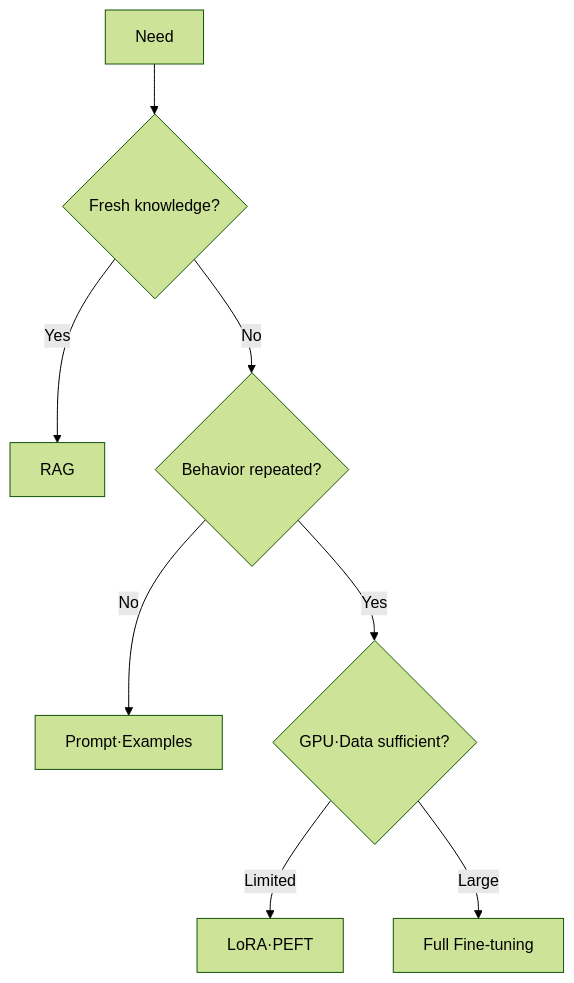
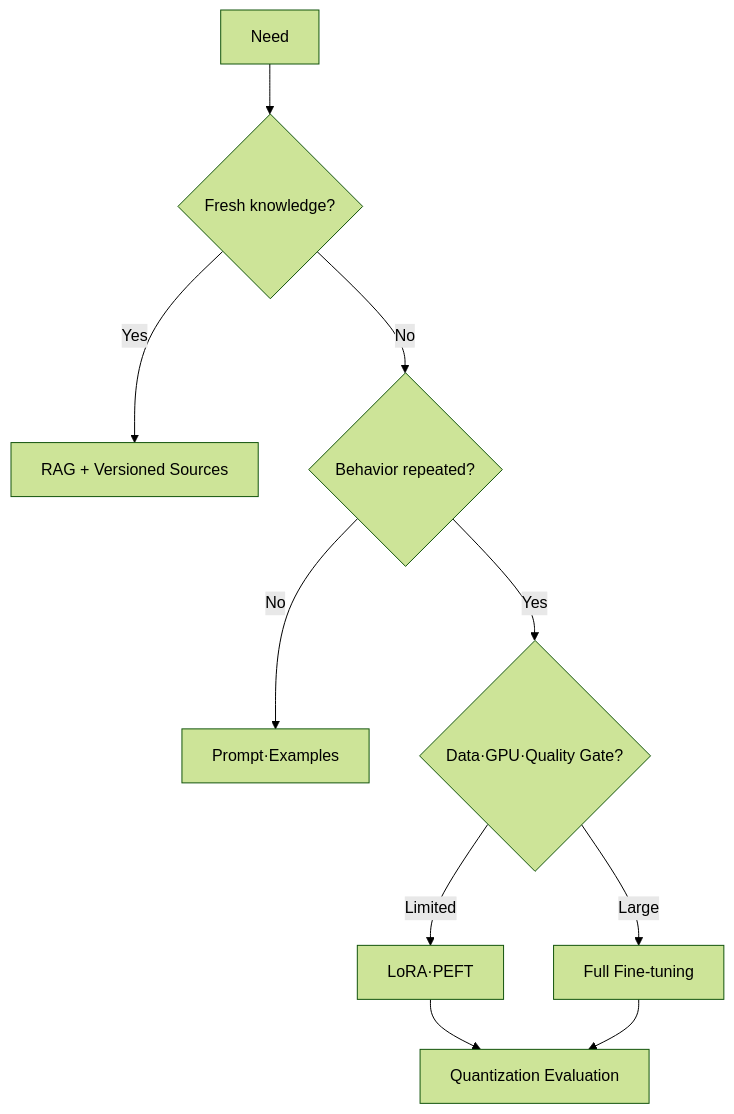
Before and after one commit to hyeongseoblim/systemdesign: the diagram in apps/api/src/main/resources/content/ai-12-finetuning-lora-quantization.md, drawn with Mermaid (forest theme). The commit also changed other lines of this file and 96 other files, not shown here.

````diff
--- a/apps/api/src/main/resources/content/ai-12-finetuning-lora-quantization.md
+++ b/apps/api/src/main/resources/content/ai-12-finetuning-lora-quantization.md
@@ -24,10 +24,12 @@
 ```mermaid
 flowchart TD
     N[Need] --> K{Fresh knowledge?}
-    K -->|Yes| R[RAG]
+    K -->|Yes| R[RAG + Versioned Sources]
     K -->|No| B{Behavior repeated?}
     B -->|No| P[Prompt·Examples]
-    B -->|Yes| D{GPU·Data sufficient?}
+    B -->|Yes| D{Data·GPU·Quality Gate?}
     D -->|Limited| L[LoRA·PEFT]
     D -->|Large| F[Full Fine-tuning]
+    L --> Q[Quantization Evaluation]
+    F --> Q
 ```
````
